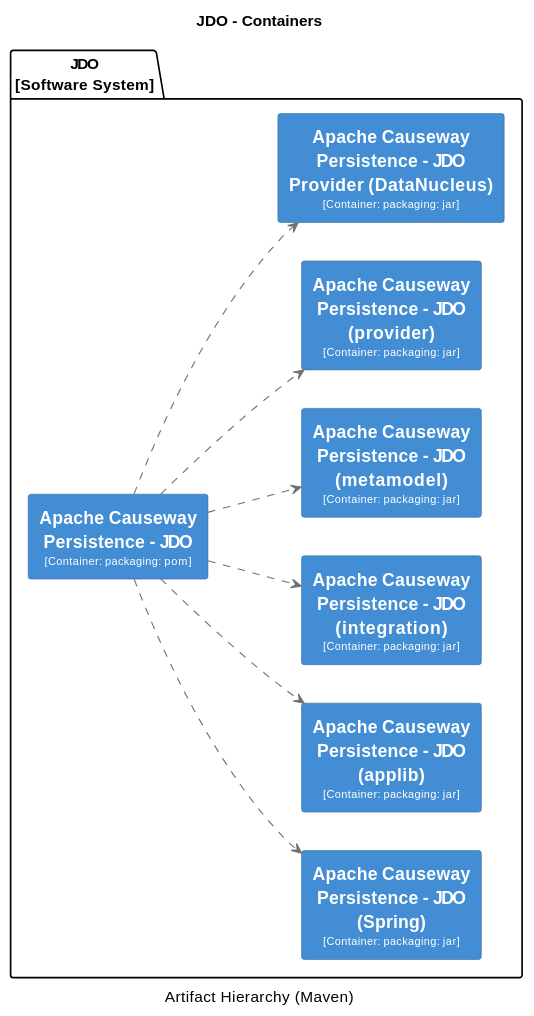
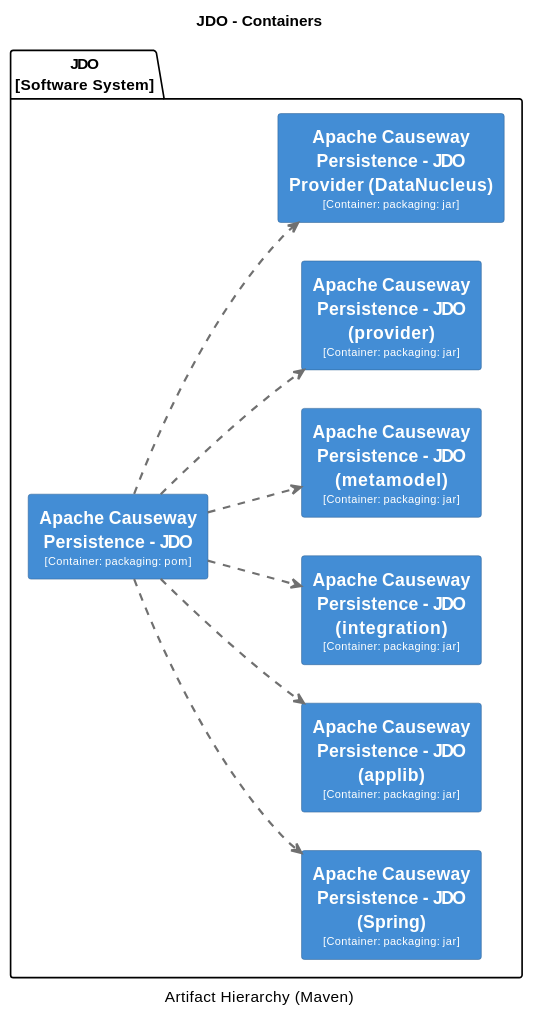
The ninth of 31 diagrams in core/adoc/modules/_overview/pages/about.adoc (apache/causeway), drawn with PlantUML before and after one commit. The commit also changed other lines of this file and 44 other files, not shown here.

```diff
--- a/core/adoc/modules/_overview/pages/about.adoc
+++ b/core/adoc/modules/_overview/pages/about.adoc
@@ -1807,67 +2020,67 @@
 [plantuml,JDO,svg]
 ----
 @startuml(id=JDO)
 title JDO - Containers
 caption Artifact Hierarchy (Maven)
 
 skinparam {
   shadowing false
   arrowFontSize 10
   defaultTextAlignment center
   wrapWidth 200
   maxMessageSize 100
 }
 hide stereotype
 left to right direction
 skinparam rectangle<<2>> {
   BackgroundColor #438dd5
   FontColor #fffffe
-  BorderColor #2E6295
+  BorderColor #2e6295
 }
 skinparam rectangle<<3>> {
   BackgroundColor #438dd5
   FontColor #fffffe
-  BorderColor #2E6295
+  BorderColor #2e6295
 }
 skinparam rectangle<<4>> {
   BackgroundColor #438dd5
   FontColor #fffffe
-  BorderColor #2E6295
+  BorderColor #2e6295
 }
 skinparam rectangle<<5>> {
   BackgroundColor #438dd5
   FontColor #fffffe
-  BorderColor #2E6295
+  BorderColor #2e6295
 }
 skinparam rectangle<<6>> {
   BackgroundColor #438dd5
   FontColor #fffffe
-  BorderColor #2E6295
+  BorderColor #2e6295
 }
 skinparam rectangle<<7>> {
   BackgroundColor #438dd5
   FontColor #fffffe
-  BorderColor #2E6295
+  BorderColor #2e6295
 }
 skinparam rectangle<<8>> {
   BackgroundColor #438dd5
   FontColor #fffffe
-  BorderColor #2E6295
+  BorderColor #2e6295
 }
 package "JDO\n[Software System]" {
   rectangle "==Apache Causeway Persistence - JDO\n<size:10>[Container: packaging: pom]</size>" <<2>> as 2
   rectangle "==Apache Causeway Persistence - JDO (Spring)\n<size:10>[Container: packaging: jar]</size>" <<8>> as 8
   rectangle "==Apache Causeway Persistence - JDO (applib)\n<size:10>[Container: packaging: jar]</size>" <<3>> as 3
   rectangle "==Apache Causeway Persistence - JDO (integration)\n<size:10>[Container: packaging: jar]</size>" <<5>> as 5
   rectangle "==Apache Causeway Persistence - JDO (metamodel)\n<size:10>[Container: packaging: jar]</size>" <<6>> as 6
   rectangle "==Apache Causeway Persistence - JDO (provider)\n<size:10>[Container: packaging: jar]</size>" <<7>> as 7
   rectangle "==Apache Causeway Persistence - JDO Provider (DataNucleus)\n<size:10>[Container: packaging: jar]</size>" <<4>> as 4
 }
-2 .[#707070].> 8 : ""
-2 .[#707070].> 3 : ""
-2 .[#707070].> 5 : ""
-2 .[#707070].> 6 : ""
-2 .[#707070].> 7 : ""
-2 .[#707070].> 4 : ""
+2 .[#707070,thickness=2].> 8 : ""
+2 .[#707070,thickness=2].> 3 : ""
+2 .[#707070,thickness=2].> 5 : ""
+2 .[#707070,thickness=2].> 6 : ""
+2 .[#707070,thickness=2].> 7 : ""
+2 .[#707070,thickness=2].> 4 : ""
 @enduml
 ----
```
